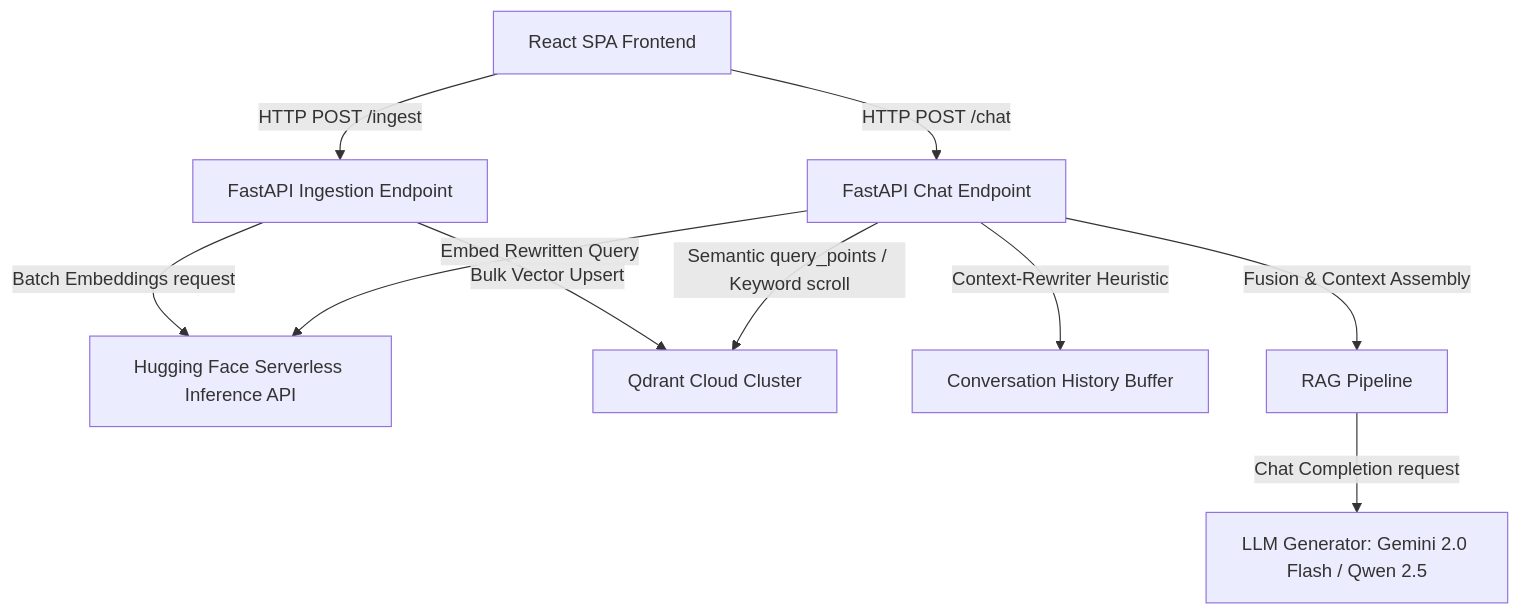
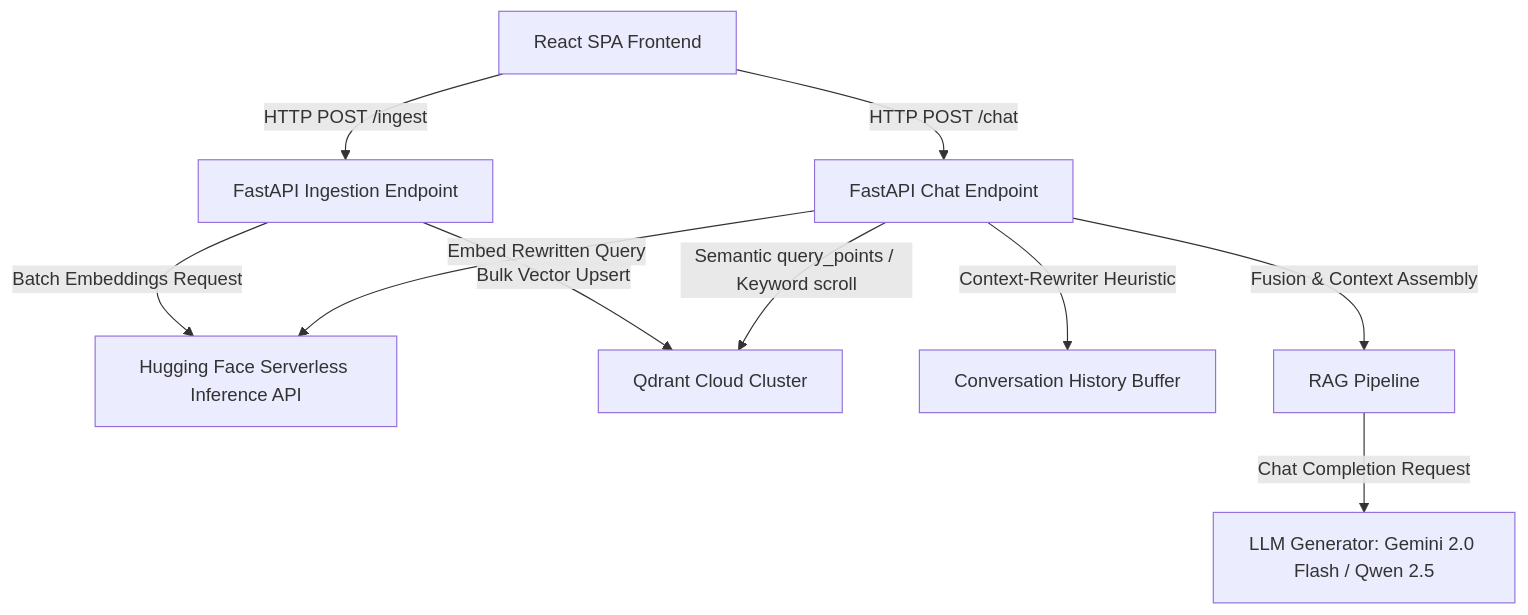
The first of 2 diagrams in README.md (harshals01/synapse), drawn with Mermaid before and after one commit. The commit also changed other lines of this file, not shown here.

````diff
--- a/README.md
+++ b/README.md
@@ -37,12 +46,12 @@
 ```mermaid
 graph TD
     A[React SPA Frontend] -->|HTTP POST /ingest| B[FastAPI Ingestion Endpoint]
     A[React SPA Frontend] -->|HTTP POST /chat| C[FastAPI Chat Endpoint]
-    B -->|Batch Embeddings request| D[Hugging Face Serverless Inference API]
+    B -->|Batch Embeddings Request| D[Hugging Face Serverless Inference API]
     B -->|Bulk Vector Upsert| E[Qdrant Cloud Cluster]
     C -->|Context-Rewriter Heuristic| H[Conversation History Buffer]
     C -->|Embed Rewritten Query| D
     C -->|Semantic query_points / Keyword scroll| E
     C -->|Fusion & Context Assembly| F[RAG Pipeline]
-    F -->|Chat Completion request| G[LLM Generator: Gemini 2.0 Flash / Qwen 2.5]
+    F -->|Chat Completion Request| G[LLM Generator: Gemini 2.0 Flash / Qwen 2.5]
 ```
````
